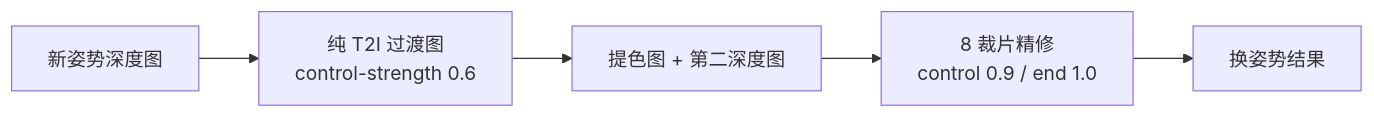
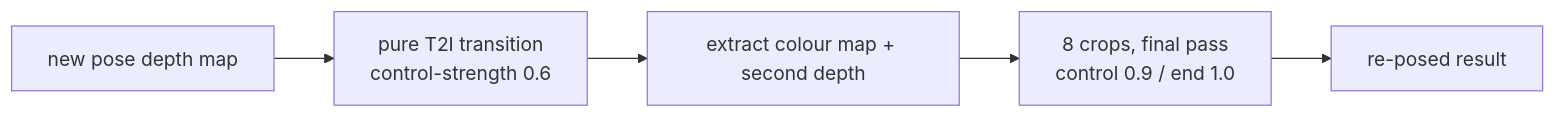
One commit to blackll7/moss-image-edit-advanced changed the third of 3 diagrams in README.md. Above: the diagram before and after it, drawn with Mermaid. The commit also changed other lines of this file and 2 other files, not shown here.

````diff
--- a/README.md
+++ b/README.md
@@ -379,7 +319,7 @@
 ```mermaid
 flowchart LR
-  D[新姿势深度图] --> T["纯 T2I 过渡图<br/>control-strength 0.6"]
-  T --> C["提色图 + 第二深度图"]
-  C --> R2["8 裁片精修<br/>control 0.9 / end 1.0"]
-  R2 --> O[换姿势结果]
+  D[new pose depth map] --> T["pure T2I transition<br/>control-strength 0.6"]
+  T --> C["extract colour map + second depth"]
+  C --> R2["8 crops, final pass<br/>control 0.9 / end 1.0"]
+  R2 --> O[re-posed result]
 ```
````
